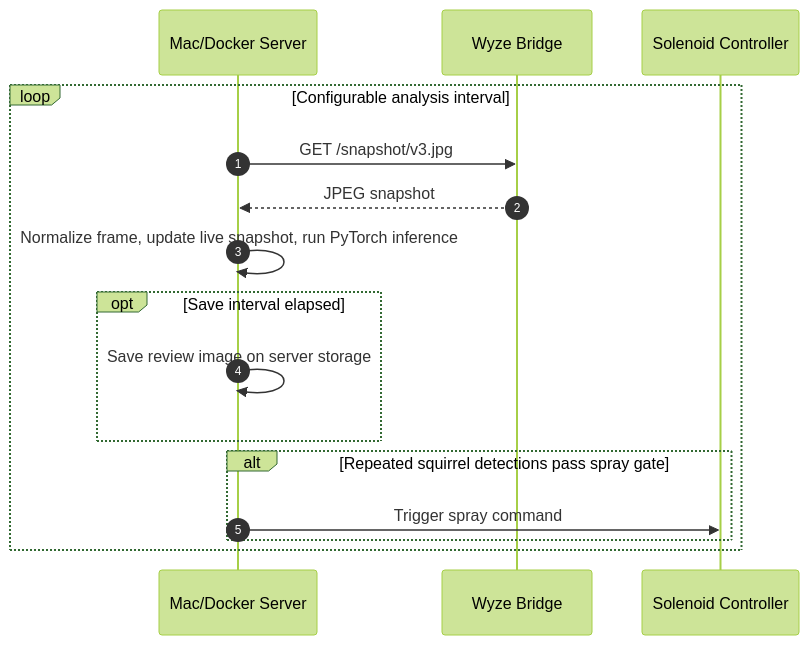
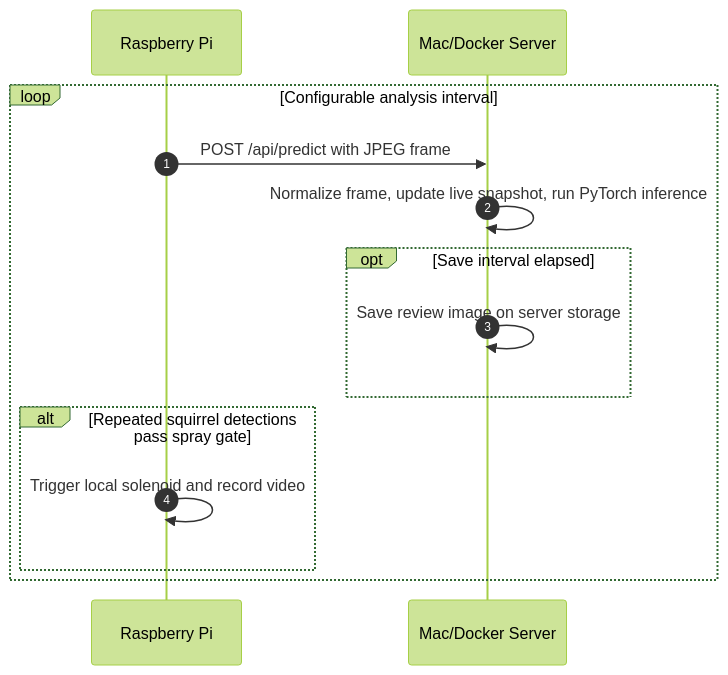
One commit to nkgilley/squirrel-soaker changed the diagram in README.md. Above: the diagram before and after it, drawn with Mermaid (forest theme). The commit also changed other lines of this file and 8 other files, not shown here.

````diff
--- a/README.md
+++ b/README.md
@@ -17,15 +17,14 @@
 ```mermaid
 sequenceDiagram
     autonumber
     loop Configurable analysis interval
-        Mac/Docker Server->>Wyze Bridge: GET /snapshot/v3.jpg
-        Wyze Bridge-->>Mac/Docker Server: JPEG snapshot
+        Raspberry Pi->>Mac/Docker Server: POST /api/predict with JPEG frame
         Mac/Docker Server->>Mac/Docker Server: Normalize frame, update live snapshot, run PyTorch inference
         opt Save interval elapsed
             Mac/Docker Server->>Mac/Docker Server: Save review image on server storage
         end
         alt Repeated squirrel detections pass spray gate
-            Mac/Docker Server->>Solenoid Controller: Trigger spray command
+            Raspberry Pi->>Raspberry Pi: Trigger local solenoid and record video
         end
     end
 ```
````
